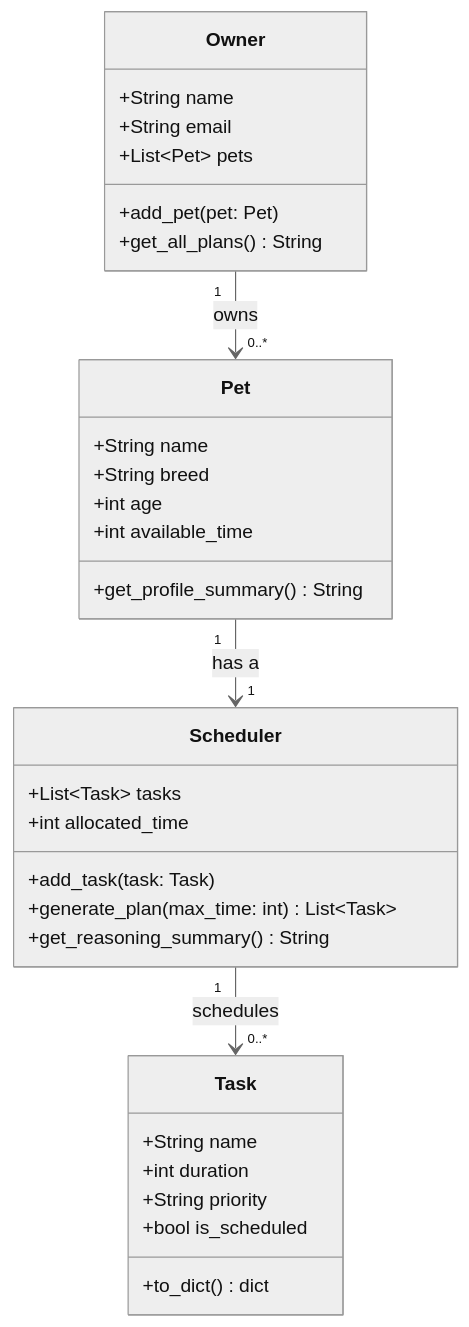
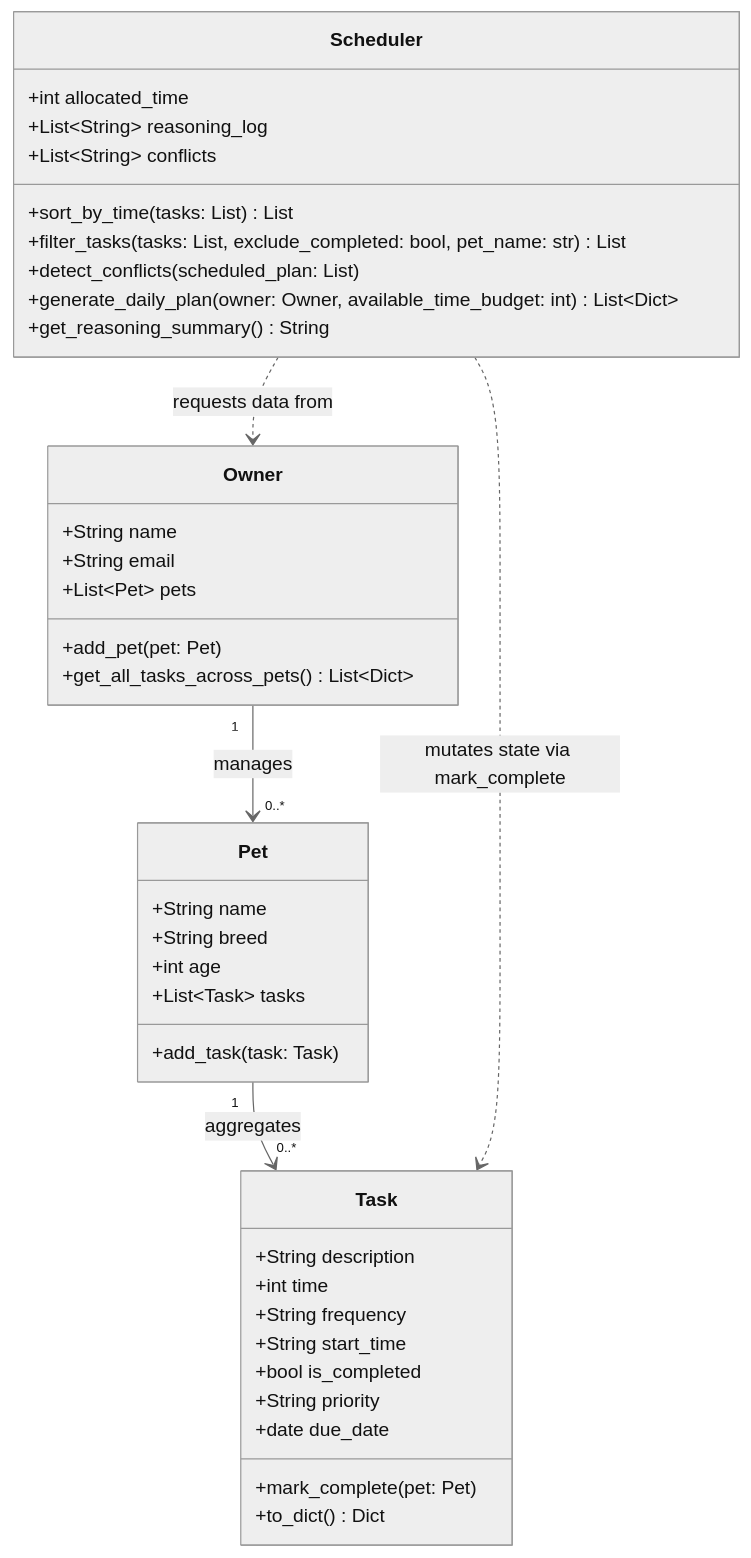
Before and after one commit to marvensfavory201-gif/ai110-module2show-pawpal-starter: the diagram in diagrams/uml_draft.mmd, drawn with Mermaid (neutral theme).

Commit message:
docs: finalize system architecture UML diagram reflecting sorting and conflict handling methods

```diff
--- a/diagrams/uml_draft.mmd
+++ b/diagrams/uml_draft.mmd
@@ -1,36 +1,44 @@
 classDiagram
     class Owner {
         +String name
         +String email
         +List~Pet~ pets
         +add_pet(pet: Pet)
-        +get_all_plans() String
+        +get_all_tasks_across_pets() List~Dict~
     }
 
     class Pet {
         +String name
         +String breed
         +int age
-        +int available_time
-        +get_profile_summary() String
+        +List~Task~ tasks
+        +add_task(task: Task)
     }
 
     class Task {
-        +String name
-        +int duration
+        +String description
+        +int time
+        +String frequency
+        +String start_time
+        +bool is_completed
         +String priority
-        +bool is_scheduled
-        +to_dict() dict
+        +date due_date
+        +mark_complete(pet: Pet)
+        +to_dict() Dict
     }
 
     class Scheduler {
-        +List~Task~ tasks
         +int allocated_time
-        +add_task(task: Task)
-        +generate_plan(max_time: int) List~Task~
+        +List~String~ reasoning_log
+        +List~String~ conflicts
+        +sort_by_time(tasks: List) List
+        +filter_tasks(tasks: List, exclude_completed: bool, pet_name: str) List
+        +detect_conflicts(scheduled_plan: List)
+        +generate_daily_plan(owner: Owner, available_time_budget: int) List~Dict~
         +get_reasoning_summary() String
     }
 
-    Owner "1" --> "0..*" Pet : owns
-    Pet "1" --> "1" Scheduler : has a
-    Scheduler "1" --> "0..*" Task : schedules
+    Owner "1" --> "0..*" Pet : manages
+    Pet "1" --> "0..*" Task : aggregates
+    Scheduler ..> Owner : requests data from
+    Scheduler ..> Task : mutates state via mark_complete
```
